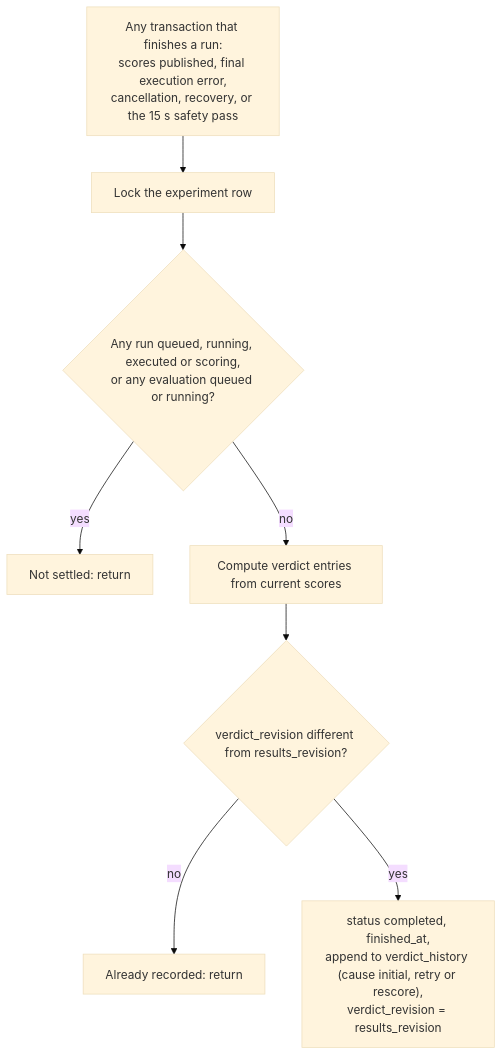
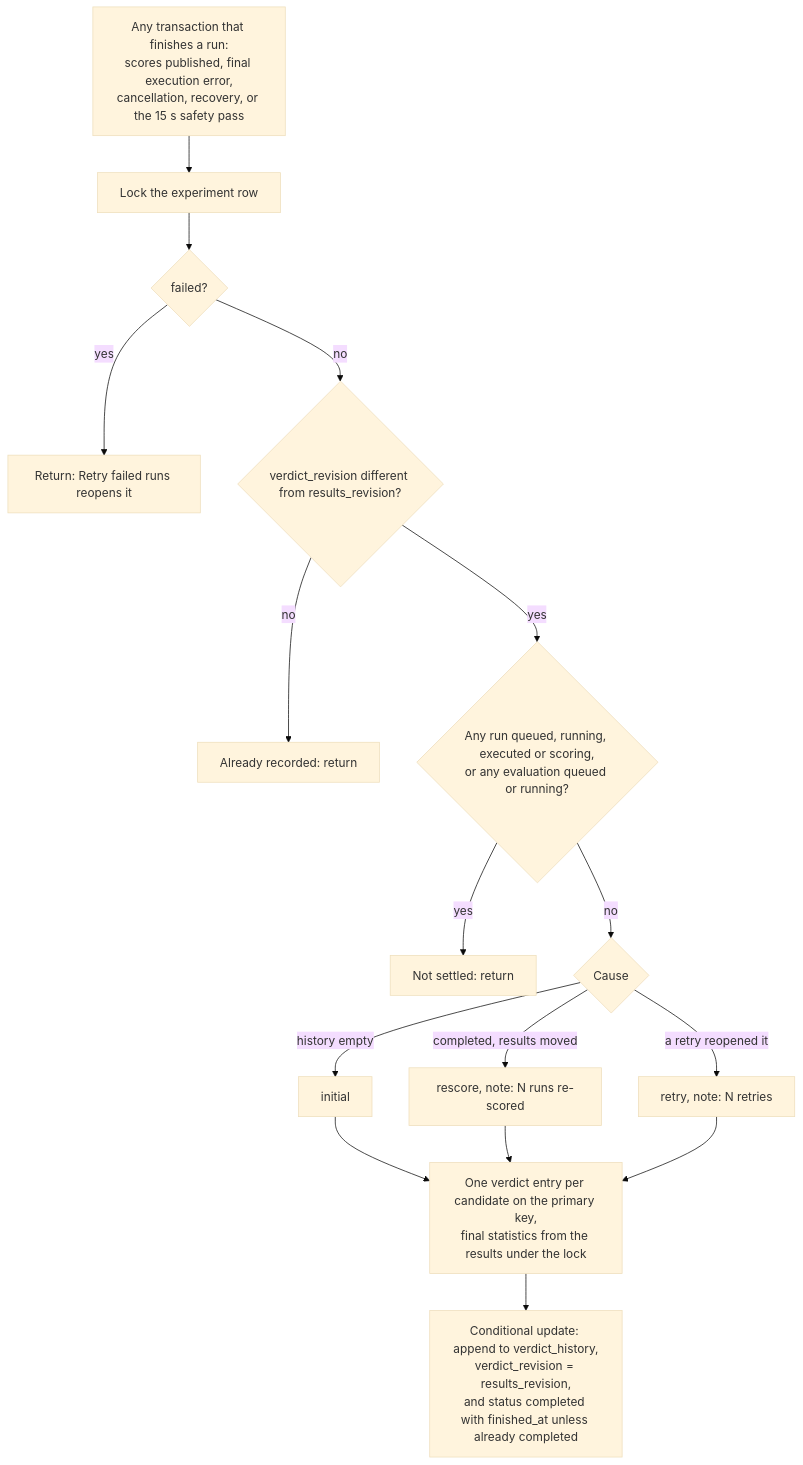
Before and after one commit to sasuke007/hermes-evals: diagram 31 of 38 in UI_FLOWS.md, drawn with Mermaid (base theme). The commit also changed other lines of this file and 164 other files, not shown here.

````diff
--- a/UI_FLOWS.md
+++ b/UI_FLOWS.md
@@ -1148,10 +1152,18 @@
 ```mermaid
 flowchart TD
   T["Any transaction that finishes a run:<br/>scores published, final execution error,<br/>cancellation, recovery, or the 15 s safety pass"] --> L["Lock the experiment row"]
-  L --> S{"Any run queued, running, executed or scoring,<br/>or any evaluation queued or running?"}
+  L --> F{"failed?"}
+  F -- yes --> FAIL["Return: Retry failed runs reopens it"]
+  F -- no --> U{"verdict_revision different from results_revision?"}
+  U -- no --> SAME["Already recorded: return"]
+  U -- yes --> S{"Any run queued, running, executed or scoring,<br/>or any evaluation queued or running?"}
   S -- yes --> STOP["Not settled: return"]
-  S -- no --> V["Compute verdict entries from current scores"]
-  V --> U{"verdict_revision different from results_revision?"}
-  U -- no --> SAME["Already recorded: return"]
-  U -- yes --> C["status completed, finished_at,<br/>append to verdict_history (cause initial, retry or rescore),<br/>verdict_revision = results_revision"]
+  S -- no --> CA{"Cause"}
+  CA -- "history empty" --> I["initial"]
+  CA -- "completed, results moved" --> RS["rescore, note: N runs re-scored"]
+  CA -- "a retry reopened it" --> RT["retry, note: N retries"]
+  I --> V["One verdict entry per candidate on the primary key,<br/>final statistics from the results under the lock"]
+  RS --> V
+  RT --> V
+  V --> C["Conditional update: append to verdict_history,<br/>verdict_revision = results_revision,<br/>and status completed with finished_at unless already completed"]
 ```
````
